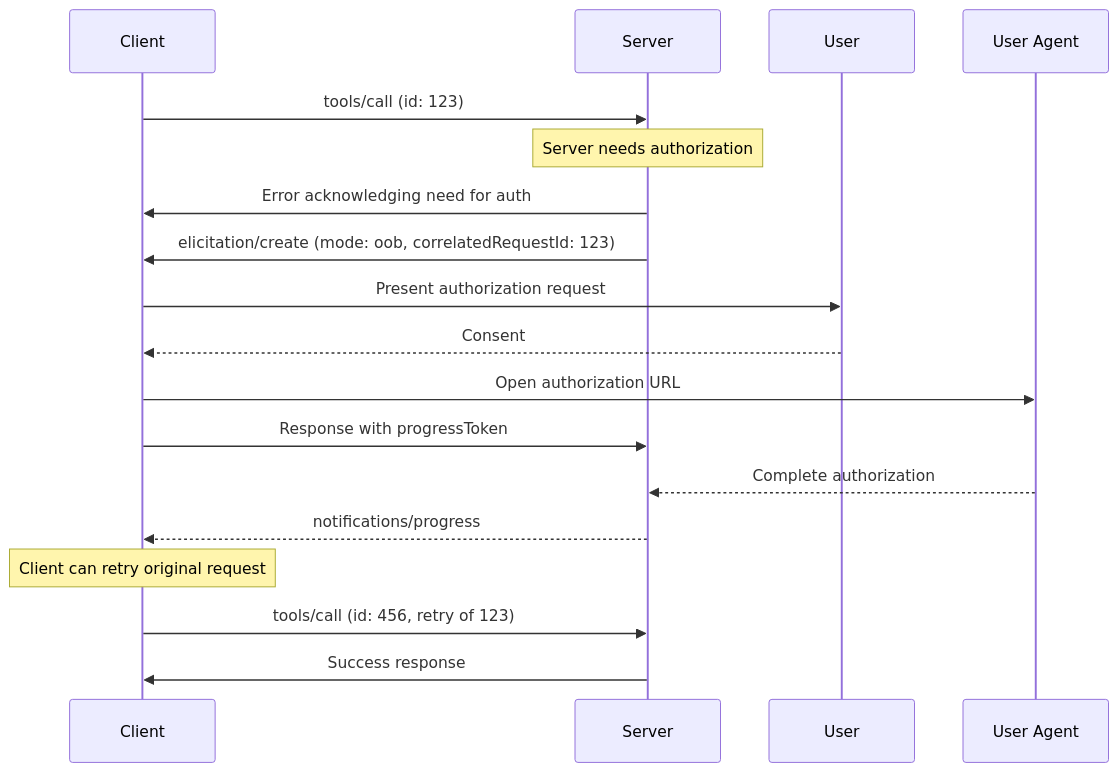
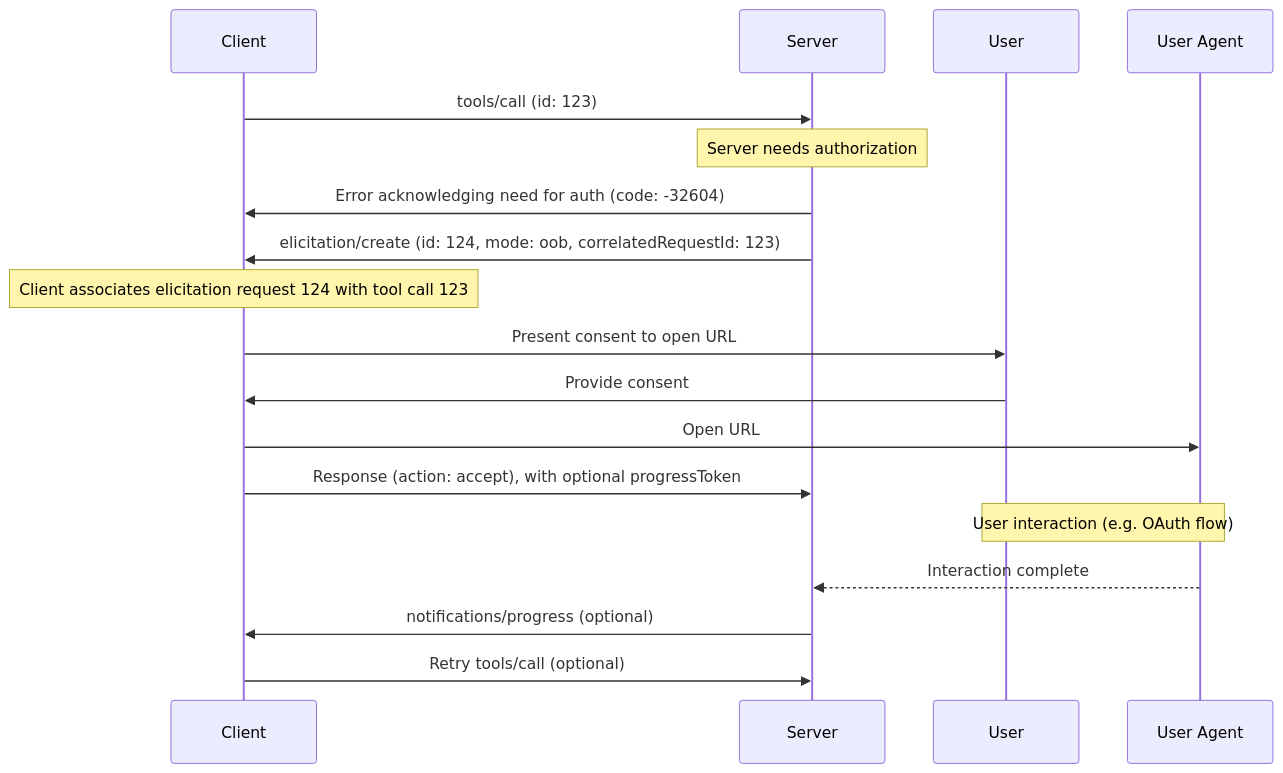
The third of 4 diagrams in docs/specification/draft/client/elicitation.mdx (ArcadeAI/modelcontextprotocol), drawn with Mermaid before and after one commit. The commit also changed other lines of this file and 2 other files, not shown here.

````diff
--- a/docs/specification/draft/client/elicitation.mdx
+++ b/docs/specification/draft/client/elicitation.mdx
@@ -320,26 +379,27 @@
 ```mermaid
 sequenceDiagram
     participant Client
     participant Server
     participant User
     participant UserAgent as User Agent
 
     Client->>Server: tools/call (id: 123)
 
     Note over Server: Server needs authorization
-    Server->>Client: Error acknowledging need for auth
-    Server->>Client: elicitation/create (mode: oob, correlatedRequestId: 123)
+    Server->>Client: Error acknowledging need for auth (code: -32604)
+    Server->>Client: elicitation/create (id: 124, mode: oob, correlatedRequestId: 123)
+    Note over Client: Client associates elicitation request 124 with tool call 123
 
-    Client->>User: Present authorization request
-    User-->>Client: Consent
+    Client->>User: Present consent to open URL
+    User->>Client: Provide consent
 
-    Client->>UserAgent: Open authorization URL
-    Client->>Server: Response with progressToken
+    Client->>UserAgent: Open URL
+    Client->>Server: Response (action: accept), with optional progressToken
 
-    UserAgent-->>Server: Complete authorization
-    Server-->>Client: notifications/progress
+    Note over User,UserAgent: User interaction (e.g. OAuth flow)
+    UserAgent-->>Server: Interaction complete
 
-    Note over Client: Client can retry original request
-    Client->>Server: tools/call (id: 456, retry of 123)
-    Server->>Client: Success response
+    Server->>Client: notifications/progress (optional)
+
+    Client->>Server: Retry tools/call (optional)
 ```
````
